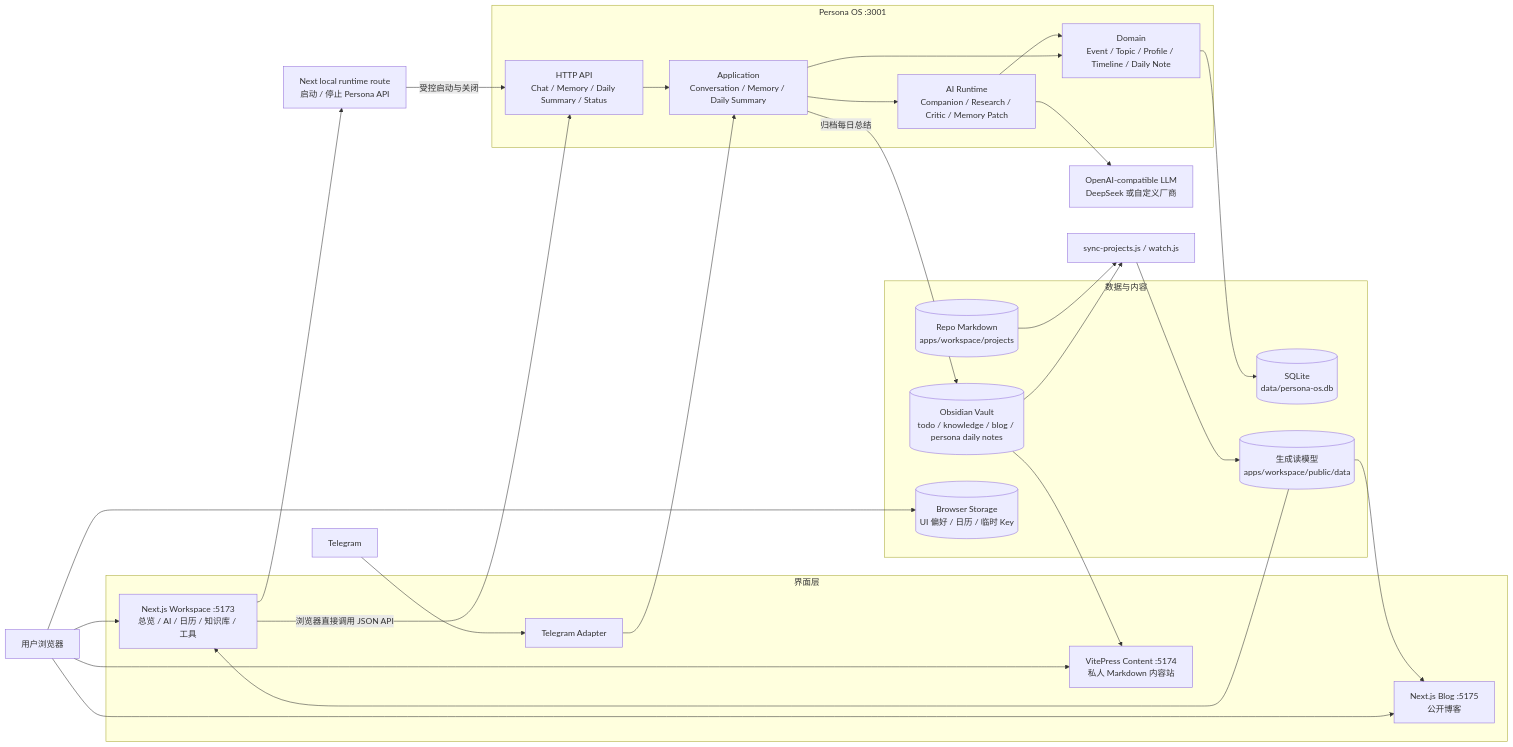
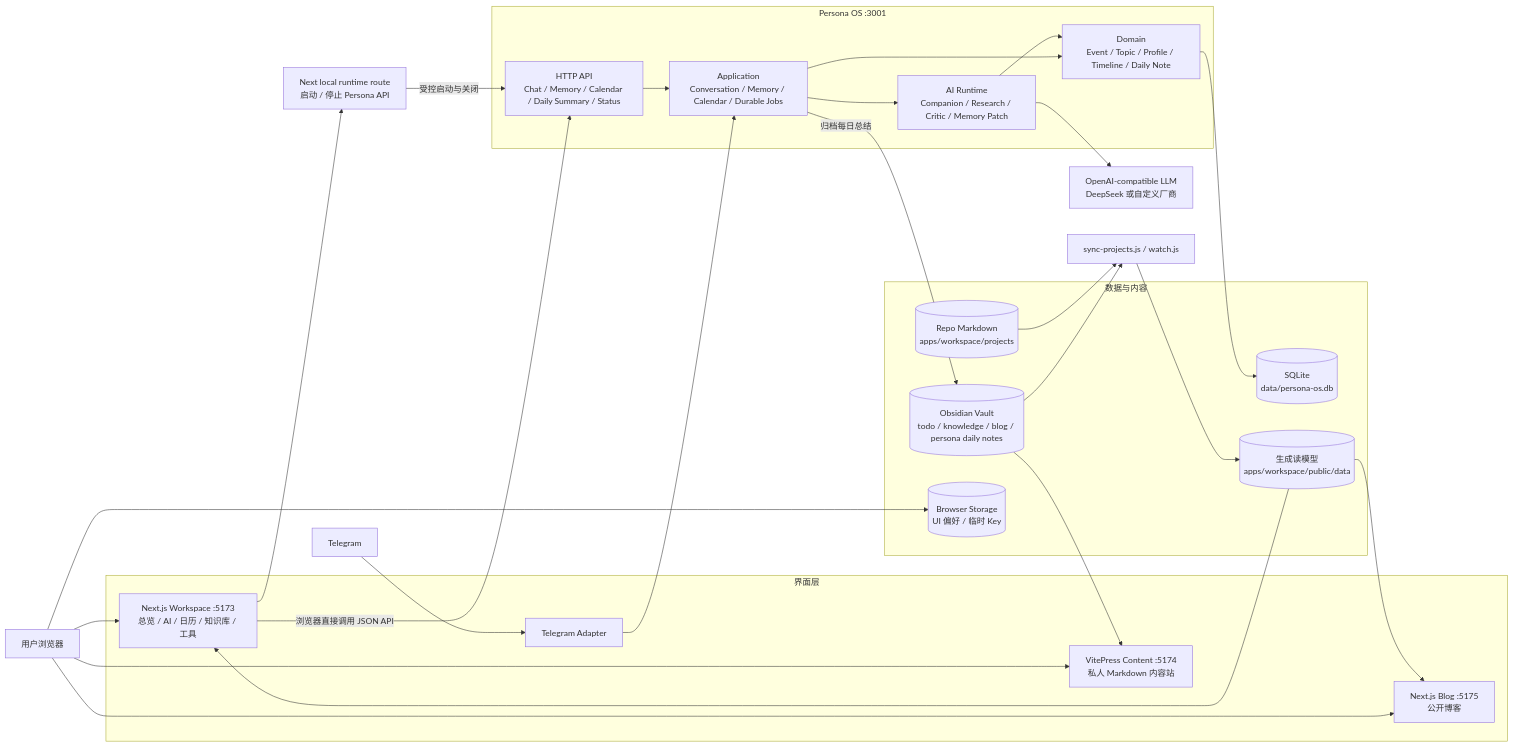
One commit to qiancheng06/new-blog changed the first of 4 diagrams in docs/00-overview/current-architecture.md. Above: the diagram before and after it, drawn with Mermaid. The commit also changed other lines of this file and 30 other files, not shown here.

Commit message:
feat: persist calendar and background jobs

````diff
--- a/docs/00-overview/current-architecture.md
+++ b/docs/00-overview/current-architecture.md
@@ -9,49 +9,49 @@
 ```mermaid
 flowchart LR
   user["用户浏览器"]
   telegram["Telegram"]
   provider["OpenAI-compatible LLM<br/>DeepSeek 或自定义厂商"]
 
   subgraph presentation["界面层"]
     next["Next.js Workspace :5173<br/>总览 / AI / 日历 / 知识库 / 工具"]
     blogNext["Next.js Blog :5175<br/>公开博客"]
     vitepress["VitePress Content :5174<br/>私人 Markdown 内容站"]
     tgAdapter["Telegram Adapter"]
   end
 
   subgraph persona["Persona OS :3001"]
-    api["HTTP API<br/>Chat / Memory / Daily Summary / Status"]
-    app["Application<br/>Conversation / Memory / Daily Summary"]
+    api["HTTP API<br/>Chat / Memory / Calendar / Daily Summary / Status"]
+    app["Application<br/>Conversation / Memory / Calendar / Durable Jobs"]
     ai["AI Runtime<br/>Companion / Research / Critic / Memory Patch"]
     domain["Domain<br/>Event / Topic / Profile / Timeline / Daily Note"]
   end
 
   subgraph storage["数据与内容"]
     sqlite[("SQLite<br/>data/persona-os.db")]
     vault[("Obsidian Vault<br/>todo / knowledge / blog / persona daily notes")]
     projects[("Repo Markdown<br/>apps/workspace/projects")]
     generated[("生成读模型<br/>apps/workspace/public/data")]
-    browser[("Browser Storage<br/>UI 偏好 / 日历 / 临时 Key")]
+    browser[("Browser Storage<br/>UI 偏好 / 临时 Key")]
   end
 
   sync["sync-projects.js / watch.js"]
   runtime["Next local runtime route<br/>启动 / 停止 Persona API"]
 
   user --> next
   user --> blogNext
   user --> vitepress
   user --> browser
   next -->|"浏览器直接调用 JSON API"| api
   next --> runtime
   runtime -->|"受控启动与关闭"| api
   telegram --> tgAdapter --> app
   api --> app --> domain --> sqlite
   app --> ai --> provider
   ai --> domain
   app -->|"归档每日总结"| vault
   vault --> sync
   projects --> sync
   sync --> generated --> next
   generated --> blogNext
   vault --> vitepress
 ```
````
